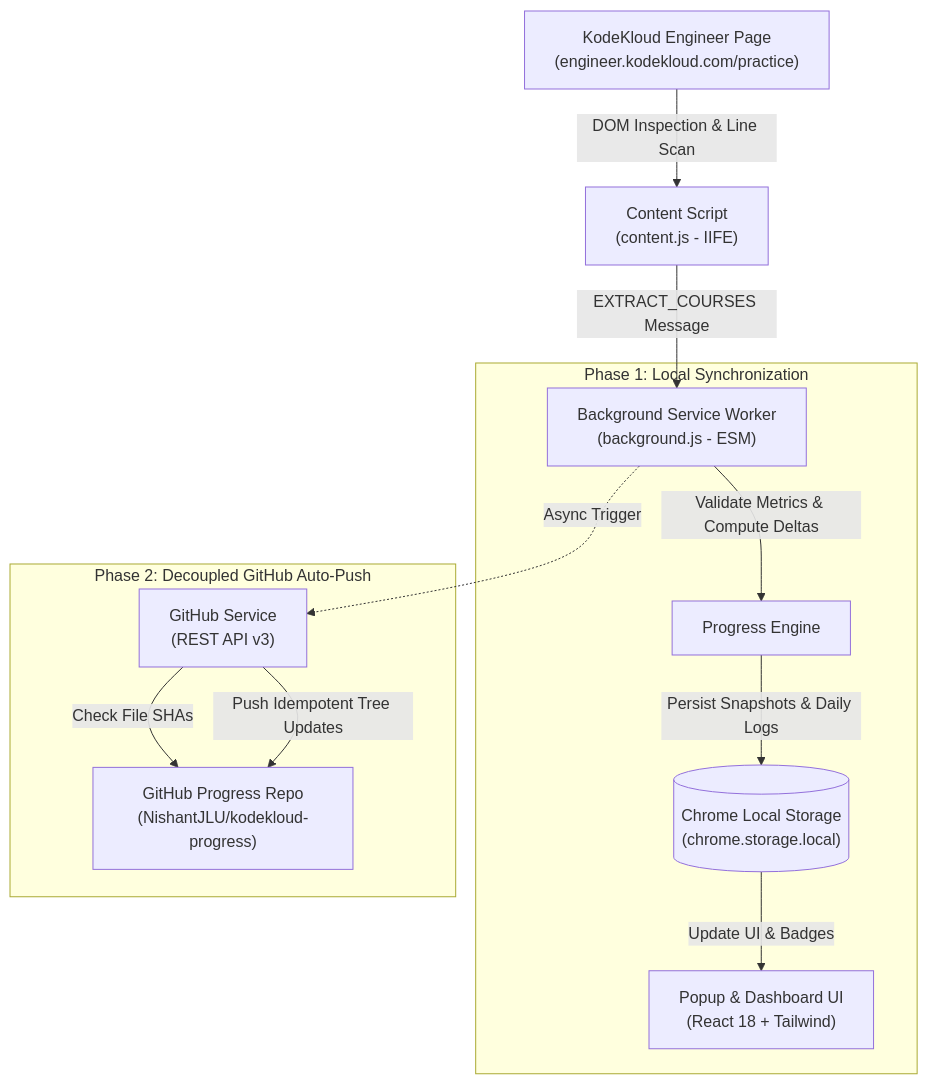
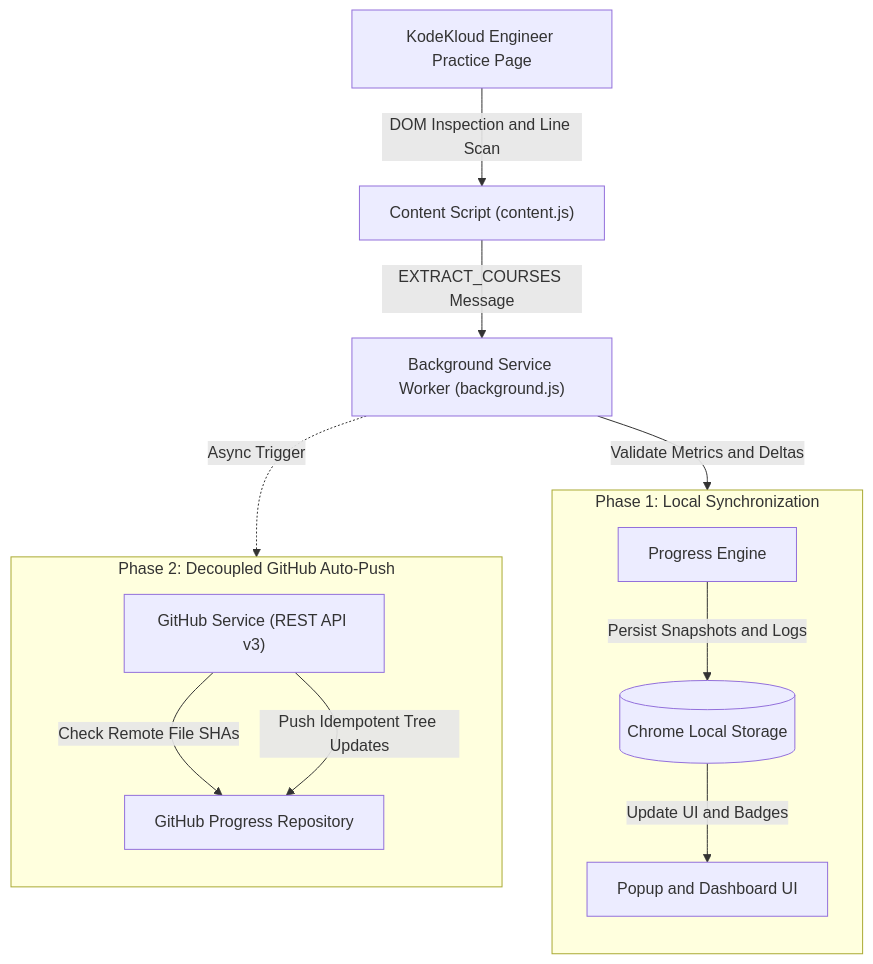
Before and after one commit to NishantJLU/kodehub: the diagram in README.md, drawn with Mermaid.

Commit message:
fix(docs): resolve Mermaid syntax and cross-subgraph conflicts for GitHub renderer

````diff
--- a/README.md
+++ b/README.md
@@ -152,18 +152,20 @@
 ```mermaid
 flowchart TD
-    KP["KodeKloud Engineer Page<br/>(engineer.kodekloud.com/practice)"] -->|DOM Inspection & Line Scan| CS["Content Script<br/>(content.js - IIFE)"]
-    
-    CS -->|EXTRACT_COURSES Message| SW["Background Service Worker<br/>(background.js - ESM)"]
-    
-    subgraph LocalSync ["Phase 1: Local Synchronization"]
-        SW -->|Validate Metrics & Compute Deltas| PE["Progress Engine"]
-        PE -->|Persist Snapshots & Daily Logs| CSLocal[("Chrome Local Storage<br/>(chrome.storage.local)")]
-        CSLocal -->|Update UI & Badges| UI["Popup & Dashboard UI<br/>(React 18 + Tailwind)"]
+    KP["KodeKloud Engineer Practice Page"] -->|"DOM Inspection and Line Scan"| CS["Content Script (content.js)"]
+    CS -->|"EXTRACT_COURSES Message"| SW["Background Service Worker (background.js)"]
+
+    subgraph Phase1["Phase 1: Local Synchronization"]
+        direction TB
+        PE["Progress Engine"] -->|"Persist Snapshots and Logs"| CSLocal[("Chrome Local Storage")]
+        CSLocal -->|"Update UI and Badges"| UI["Popup and Dashboard UI"]
     end
-    
-    subgraph GitHubSync ["Phase 2: Decoupled GitHub Auto-Push"]
-        SW -.->|Async Trigger| GH["GitHub Service<br/>(REST API v3)"]
-        GH -->|Check File SHAs| GHR["GitHub Progress Repo<br/>(NishantJLU/kodekloud-progress)"]
-        GH -->|Push Idempotent Tree Updates| GHR
+
+    subgraph Phase2["Phase 2: Decoupled GitHub Auto-Push"]
+        direction TB
+        GH["GitHub Service (REST API v3)"] -->|"Check Remote File SHAs"| GHR["GitHub Progress Repository"]
+        GH -->|"Push Idempotent Tree Updates"| GHR
     end
+
+    SW -->|"Validate Metrics and Deltas"| PE
+    SW -.->|"Async Trigger"| GH
 ```
````
